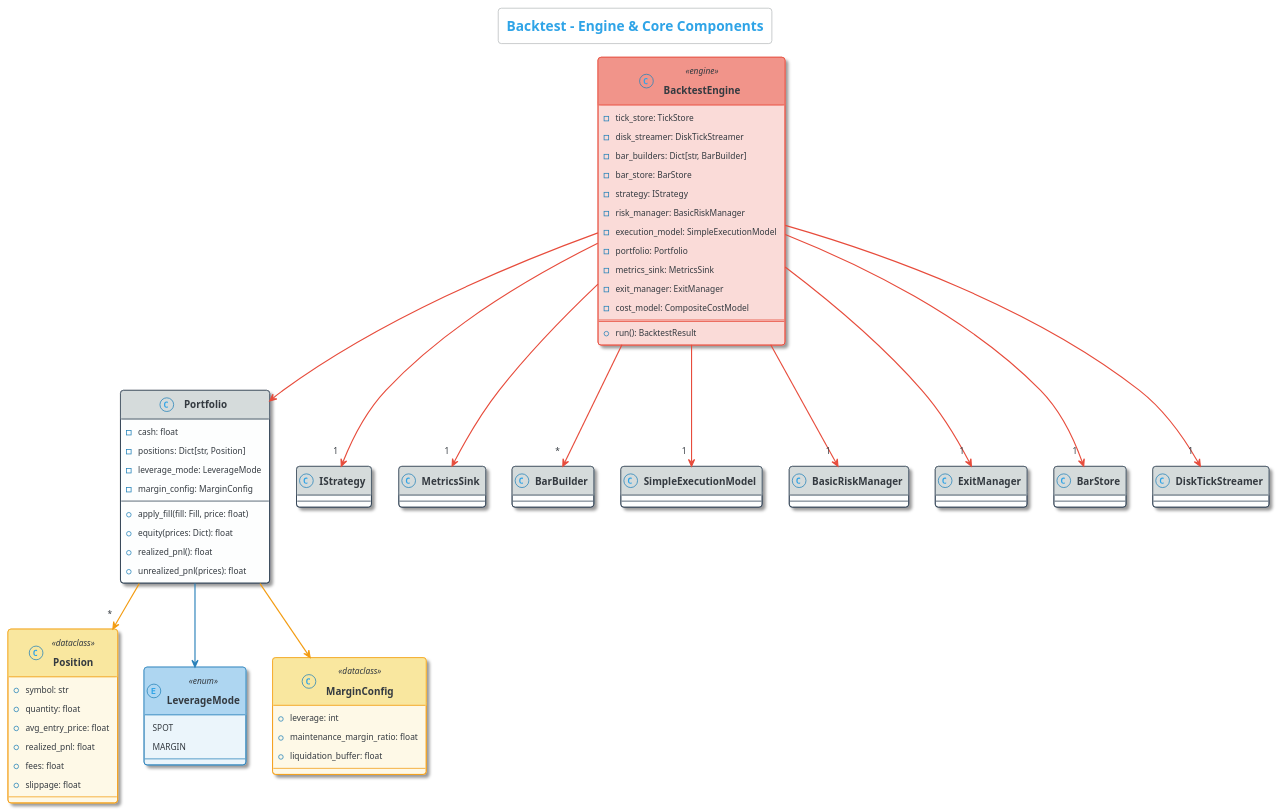
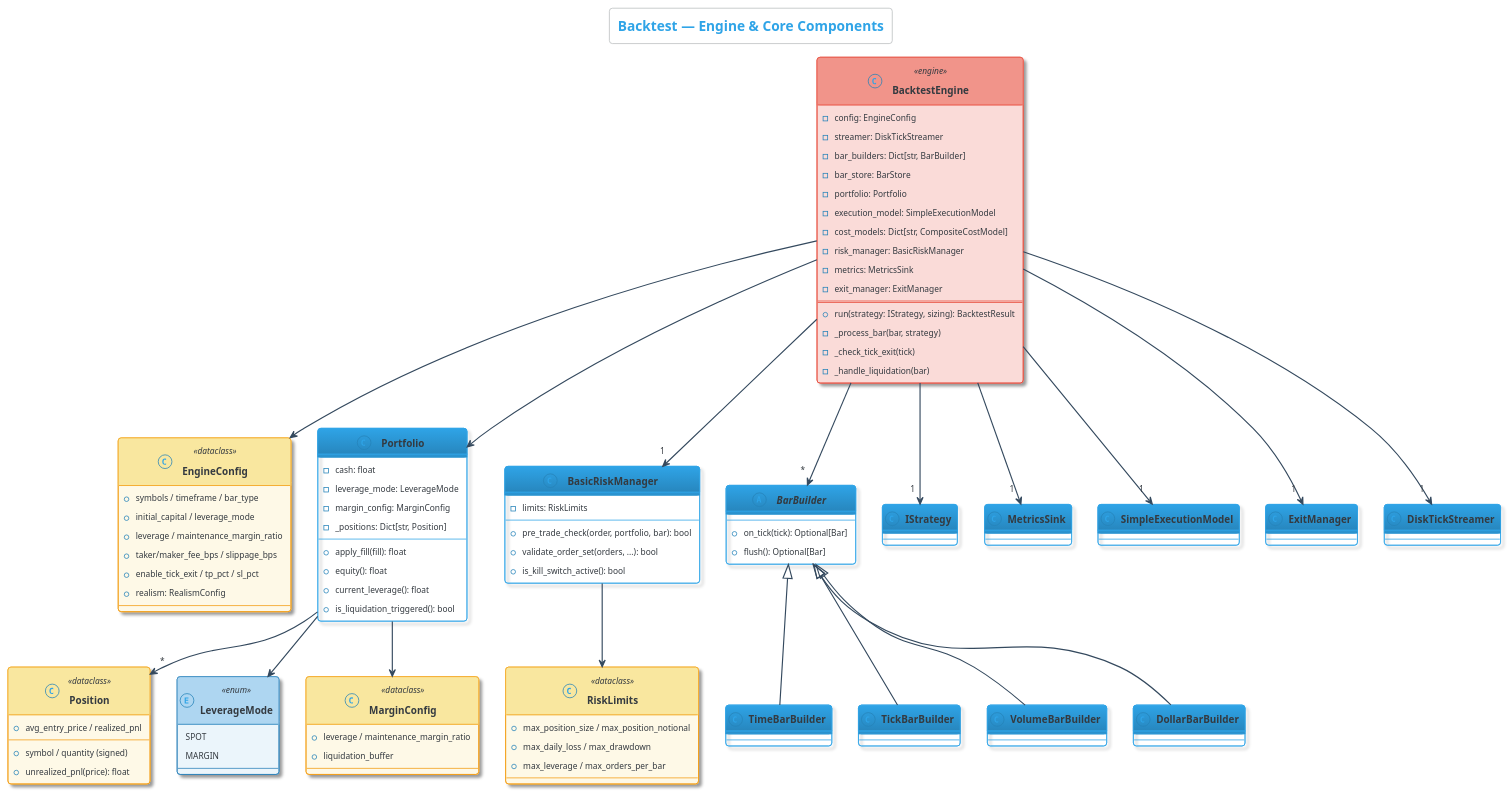
Before and after one commit to McanKul/ai-adaptive-tradebot-blg4901: the fifth of 15 diagrams in docs/uml_diagrams.puml, drawn with PlantUML. The commit also changed other lines of this file and 5 other files, not shown here.

```diff
--- a/docs/uml_diagrams.puml
+++ b/docs/uml_diagrams.puml
@@ -140,99 +571,116 @@
 @startuml Class_Backtest_Engine
 !theme cerulean-outline
-title <size:18>**Backtest - Engine & Core Components**</size>
+title <size:18>**Backtest — Engine & Core Components**</size>
 
 skinparam {
   shadowing true
   defaultFontSize 11
   classFontSize 13
   classFontStyle bold
   ArrowColor #34495E
   ArrowThickness 1.5
 }
-
-skinparam class {
-  BackgroundColor #FDFEFE
-  BorderColor #2C3E50
-  HeaderBackgroundColor #D5DBDB
-}
-
 skinparam class<<engine>> {
   BackgroundColor #FADBD8
   BorderColor #E74C3C
   HeaderBackgroundColor #F1948A
 }
-
 skinparam class<<dataclass>> {
   BackgroundColor #FEF9E7
   BorderColor #F39C12
   HeaderBackgroundColor #F9E79F
 }
-
 skinparam class<<enum>> {
   BackgroundColor #EBF5FB
   BorderColor #2980B9
   HeaderBackgroundColor #AED6F1
 }
 
 class BacktestEngine <<engine>> {
-  -tick_store: TickStore
-  -disk_streamer: DiskTickStreamer
+  -config: EngineConfig
+  -streamer: DiskTickStreamer
   -bar_builders: Dict[str, BarBuilder]
   -bar_store: BarStore
-  -strategy: IStrategy
+  -portfolio: Portfolio
+  -execution_model: SimpleExecutionModel
+  -cost_models: Dict[str, CompositeCostModel]
   -risk_manager: BasicRiskManager
-  -execution_model: SimpleExecutionModel
-  -portfolio: Portfolio
-  -metrics_sink: MetricsSink
+  -metrics: MetricsSink
   -exit_manager: ExitManager
-  -cost_model: CompositeCostModel
   ==
-  +run(): BacktestResult
+  +run(strategy: IStrategy, sizing): BacktestResult
+  -_process_bar(bar, strategy)
+  -_check_tick_exit(tick)
+  -_handle_liquidation(bar)
 }
-
+class EngineConfig <<dataclass>> {
+  +symbols / timeframe / bar_type
+  +initial_capital / leverage_mode
+  +leverage / maintenance_margin_ratio
+  +taker/maker_fee_bps / slippage_bps
+  +enable_tick_exit / tp_pct / sl_pct
+  +realism: RealismConfig
+}
 class Portfolio {
   -cash: float
-  -positions: Dict[str, Position]
   -leverage_mode: LeverageMode
   -margin_config: MarginConfig
-  --
-  +apply_fill(fill: Fill, price: float)
-  +equity(prices: Dict): float
-  +realized_pnl(): float
-  +unrealized_pnl(prices): float
+  -_positions: Dict[str, Position]
+  +apply_fill(fill): float
+  +equity(): float
+  +current_leverage(): float
+  +is_liquidation_triggered(): bool
 }
-
 class Position <<dataclass>> {
-  +symbol: str
-  +quantity: float
-  +avg_entry_price: float
-  +realized_pnl: float
-  +fees: float
-  +slippage: float
+  +symbol / quantity (signed)
+  +avg_entry_price / realized_pnl
+  +unrealized_pnl(price): float
 }
-
 enum LeverageMode <<enum>> {
   SPOT
   MARGIN
 }
-
 class MarginConfig <<dataclass>> {
-  +leverage: int
-  +maintenance_margin_ratio: float
-  +liquidation_buffer: float
+  +leverage / maintenance_margin_ratio
+  +liquidation_buffer
+}
+class BasicRiskManager {
+  -limits: RiskLimits
+  +pre_trade_check(order, portfolio, bar): bool
+  +validate_order_set(orders, ...): bool
+  +is_kill_switch_active(): bool
+}
+class RiskLimits <<dataclass>> {
+  +max_position_size / max_position_notional
+  +max_daily_loss / max_drawdown
+  +max_leverage / max_orders_per_bar
 }
 
-BacktestEngine -[#E74C3C]-> Portfolio
-BacktestEngine -[#E74C3C]-> "1" IStrategy
-BacktestEngine -[#E74C3C]-> "1" MetricsSink
-BacktestEngine -[#E74C3C]-> "*" BarBuilder
-BacktestEngine -[#E74C3C]-> "1" SimpleExecutionModel
-BacktestEngine -[#E74C3C]-> "1" BasicRiskManager
-BacktestEngine -[#E74C3C]-> "1" ExitManager
-BacktestEngine -[#E74C3C]-> "1" BarStore
-BacktestEngine -[#E74C3C]-> "1" DiskTickStreamer
-Portfolio -[#F39C12]-> "*" Position
-Portfolio -[#2980B9]-> LeverageMode
-Portfolio -[#F39C12]-> MarginConfig
+abstract class BarBuilder {
+  +on_tick(tick): Optional[Bar]
+  +flush(): Optional[Bar]
+}
+class TimeBarBuilder
+class TickBarBuilder
+class VolumeBarBuilder
+class DollarBarBuilder
+BarBuilder <|-- TimeBarBuilder
+BarBuilder <|-- TickBarBuilder
+BarBuilder <|-- VolumeBarBuilder
+BarBuilder <|-- DollarBarBuilder
+
+BacktestEngine --> EngineConfig
+BacktestEngine --> Portfolio
+BacktestEngine --> "1" IStrategy
+BacktestEngine --> "1" MetricsSink
+BacktestEngine --> "*" BarBuilder
+BacktestEngine --> "1" SimpleExecutionModel
+BacktestEngine --> "1" BasicRiskManager
+BacktestEngine --> "1" ExitManager
+BacktestEngine --> "1" DiskTickStreamer
+Portfolio --> "*" Position
+Portfolio --> LeverageMode
+Portfolio --> MarginConfig
+BasicRiskManager --> RiskLimits
 
 @enduml
```
